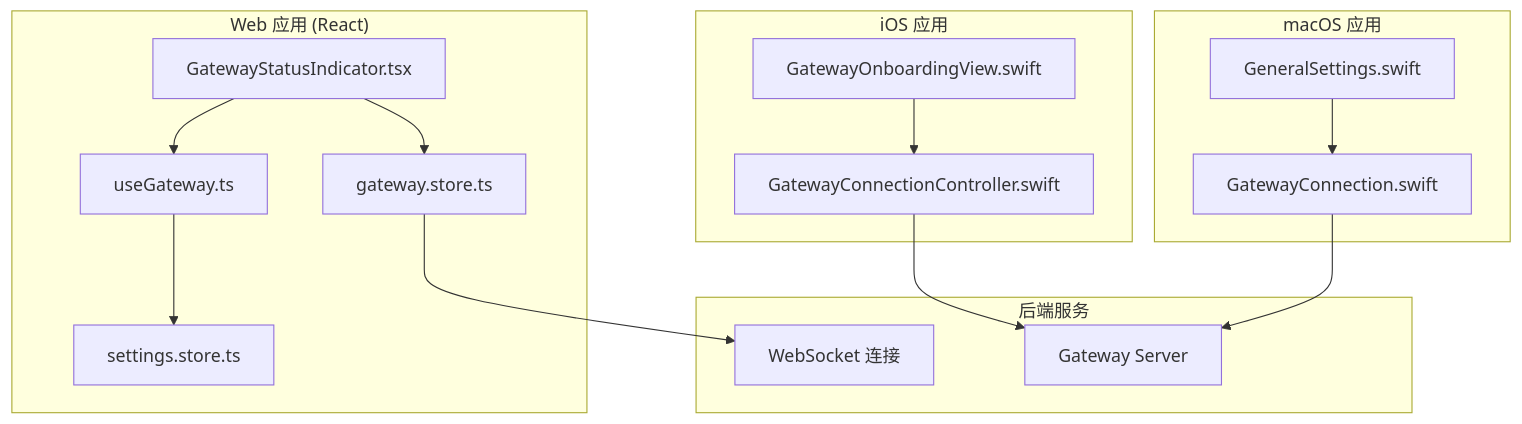
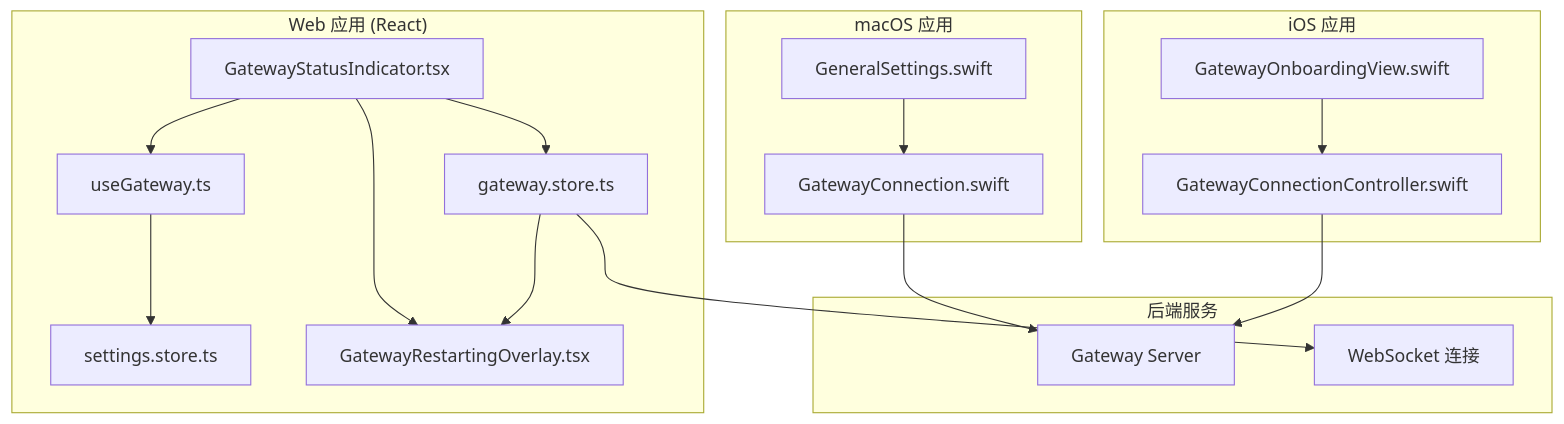
Before and after one commit to verse-ai-org/openclaw: the first of 8 diagrams in .qoder/repowiki/zh/content/Web界面/UI组件系统/网关状态指示器.md, drawn with Mermaid. The commit also changed other lines of this file and 19 other files, not shown here.

````diff
--- a/.qoder/repowiki/zh/content/Web界面/UI组件系统/网关状态指示器.md
+++ b/.qoder/repowiki/zh/content/Web界面/UI组件系统/网关状态指示器.md
@@ -40,29 +53,32 @@
 ```mermaid
 graph TB
 subgraph "Web 应用 (React)"
 A[GatewayStatusIndicator.tsx]
 B[gateway.store.ts]
 C[useGateway.ts]
 D[settings.store.ts]
+E[GatewayRestartingOverlay.tsx]
 end
 subgraph "macOS 应用"
-E[GatewayConnection.swift]
-F[GeneralSettings.swift]
+F[GatewayConnection.swift]
+G[GeneralSettings.swift]
 end
 subgraph "iOS 应用"
-G[GatewayConnectionController.swift]
-H[GatewayOnboardingView.swift]
+H[GatewayConnectionController.swift]
+I[GatewayOnboardingView.swift]
 end
 subgraph "后端服务"
-I[Gateway Server]
-J[WebSocket 连接]
+J[Gateway Server]
+K[WebSocket 连接]
 end
 A --> B
 A --> C
+A --> E
+B --> E
 C --> D
-E --> I
-F --> E
-G --> I
-H --> G
-B --> J
+F --> J
+G --> F
+H --> J
+I --> H
+B --> K
 ```
````
